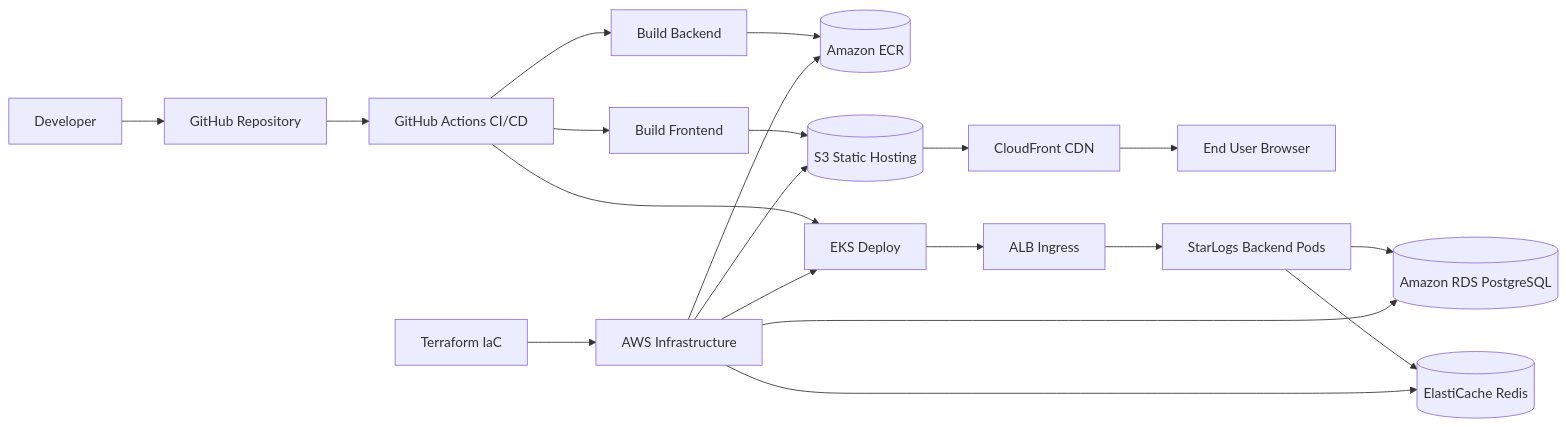
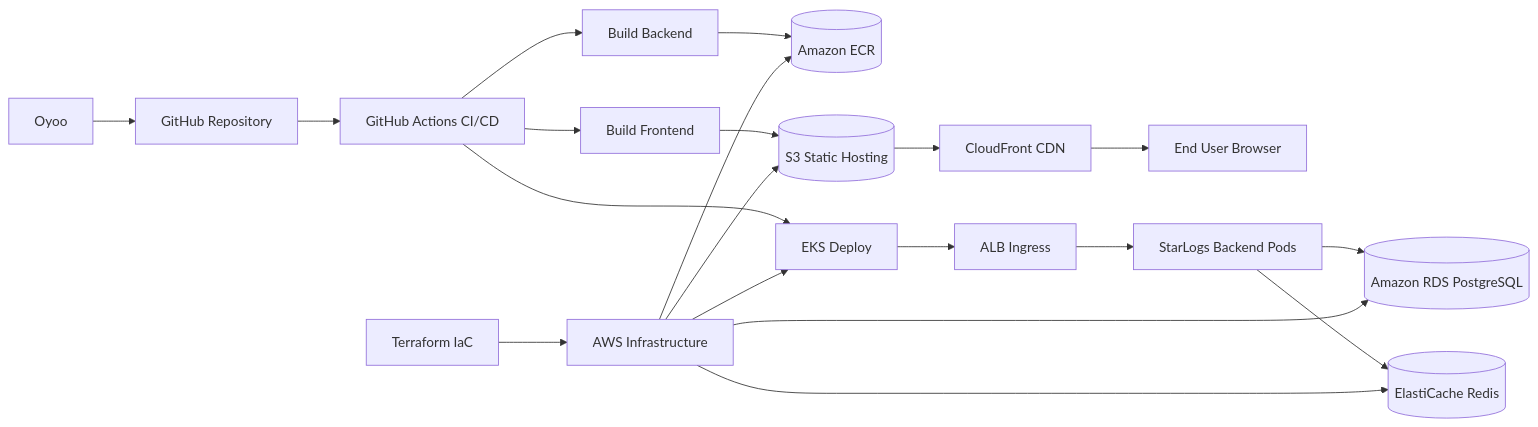
The diagram in README.md (ArnoldOyoo/starlogs), drawn with Mermaid before and after one commit. The commit also changed other lines of this file and 1 other file, not shown here.

````diff
--- a/README.md
+++ b/README.md
@@ -20,27 +20,27 @@
 ```mermaid
 flowchart LR
-    Dev[Developer] --> GitHub[GitHub Repository]
+    Dev[Oyoo] --> GitHub[GitHub Repository]
     GitHub --> Actions[GitHub Actions CI/CD]
 
     Actions --> FE_Build[Build Frontend]
     Actions --> BE_Build[Build Backend]
     BE_Build --> ECR[(Amazon ECR)]
 
     FE_Build --> S3[(S3 Static Hosting)]
     S3 --> CF[CloudFront CDN]
     CF --> User[End User Browser]
 
     Actions --> EKS[EKS Deploy]
     EKS --> ALB[ALB Ingress]
     ALB --> API[StarLogs Backend Pods]
 
     API --> RDS[(Amazon RDS PostgreSQL)]
     API --> Redis[(ElastiCache Redis)]
 
     Terraform[Terraform IaC] --> AWS[AWS Infrastructure]
     AWS --> EKS
     AWS --> RDS
     AWS --> Redis
     AWS --> S3
     AWS --> ECR
 ```
````
